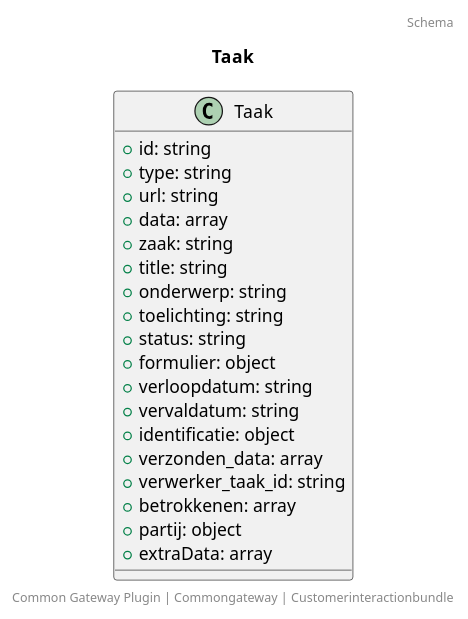
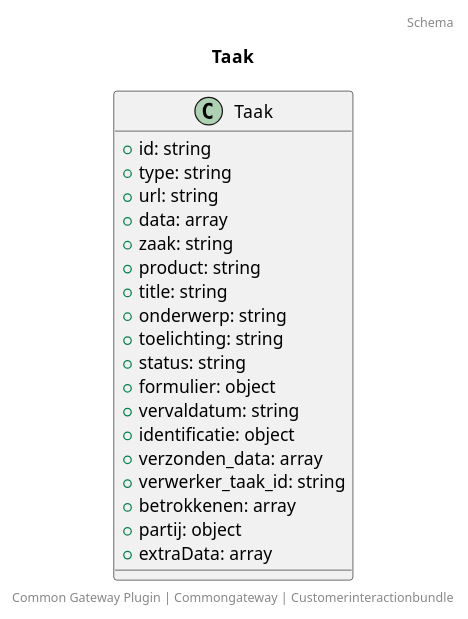
Before and after one commit to CommonGateway/CustomerInteractionBundle: the diagram in docs/schema/klant.taak.puml, drawn with PlantUML. The commit also changed 27 other files, not shown here.

```diff
--- a/docs/schema/klant.taak.puml
+++ b/docs/schema/klant.taak.puml
@@ -1,26 +1,26 @@
 @startuml
 title: Taak
 footer: Common Gateway Plugin | Commongateway | Customerinteractionbundle 
 header: Schema
 
 class Taak {
   + id: string
   + type: string
   + url: string
   + data: array
   + zaak: string
+  + product: string
   + title: string
   + onderwerp: string
   + toelichting: string
   + status: string
   + formulier: object
-  + verloopdatum: string
   + vervaldatum: string
   + identificatie: object
   + verzonden_data: array
   + verwerker_taak_id: string
   + betrokkenen: array
   + partij: object
   + extraData: array
 }
 @enduml
```
